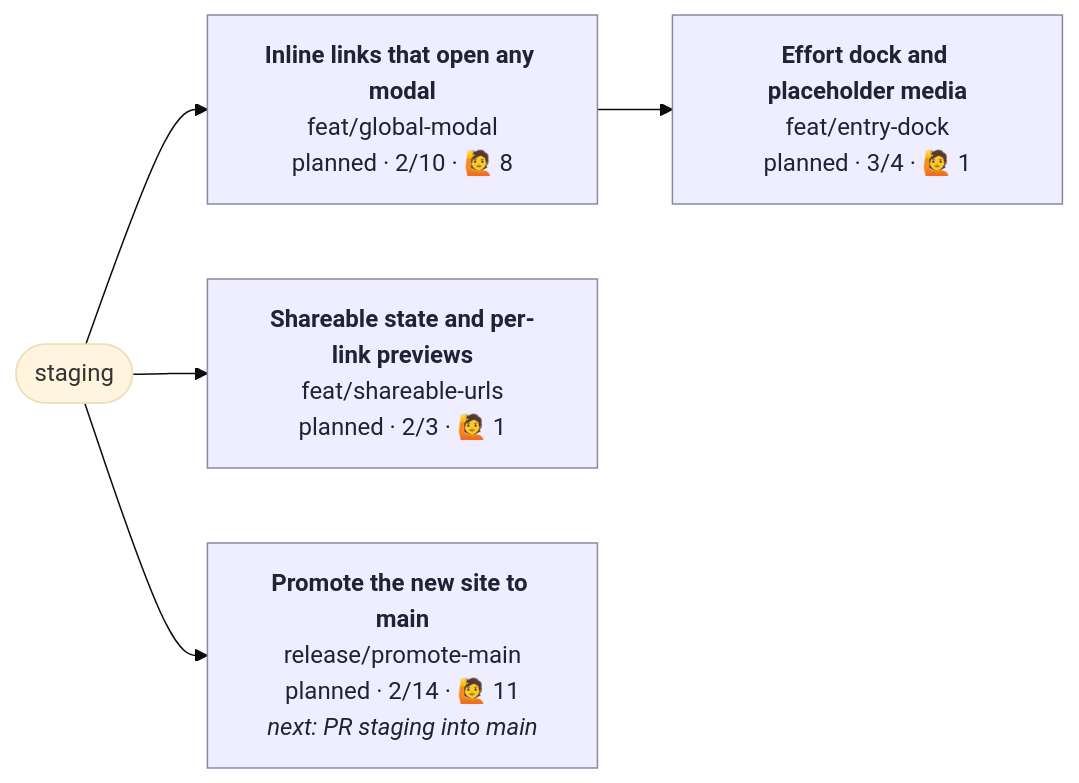
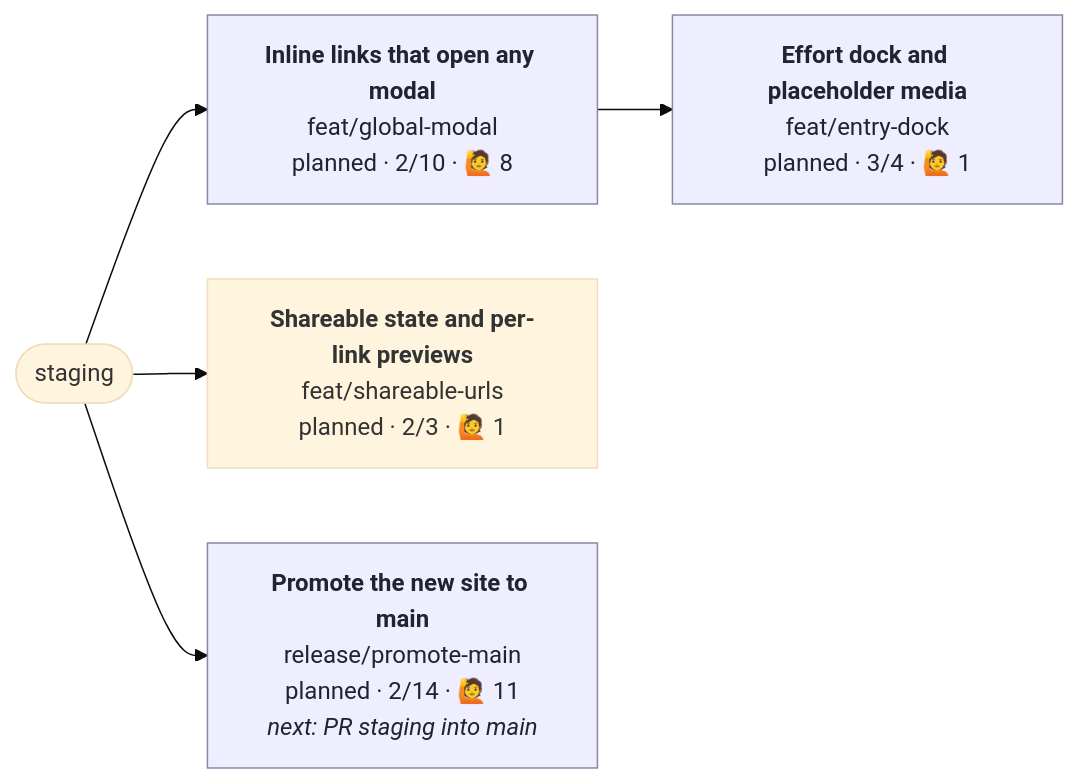
Before and after one commit to henryjonescodes/portfolio: the diagram in CONTRIBUTING.md, drawn with Mermaid (base theme). The commit also changed other lines of this file, not shown here.

````diff
--- a/CONTRIBUTING.md
+++ b/CONTRIBUTING.md
@@ -5,21 +5,21 @@
 ```mermaid
 flowchart LR
   n_staging([staging])
   n_feat_entry_dock["<b>Effort dock and placeholder media</b><br/>feat/entry-dock<br/>planned · 3/4 · 🙋 1"]
   class n_feat_entry_dock planned
   n_feat_global_modal --> n_feat_entry_dock
   n_feat_global_modal["<b>Inline links that open any modal</b><br/>feat/global-modal<br/>planned · 2/10 · 🙋 8"]
   class n_feat_global_modal planned
   n_staging --> n_feat_global_modal
   n_feat_shareable_urls["<b>Shareable state and per-link previews</b><br/>feat/shareable-urls<br/>planned · 2/3 · 🙋 1"]
-  class n_feat_shareable_urls planned
+  class n_feat_shareable_urls planned,current
   n_staging --> n_feat_shareable_urls
   n_release_promote_main["<b>Promote the new site to main</b><br/>release/promote-main<br/>planned · 2/14 · 🙋 11<br/><i>next: PR staging into main</i>"]
   class n_release_promote_main planned
   n_staging --> n_release_promote_main
   classDef planned fill:#eef,stroke:#88a,color:#223
   classDef active fill:#dfd,stroke:#3a3,stroke-width:3px,color:#132
   classDef blocked fill:#fdd,stroke:#c33,color:#311
   classDef review fill:#ffd,stroke:#cc3,color:#331
   classDef current stroke:#06c,stroke-width:4px
 ```
````
